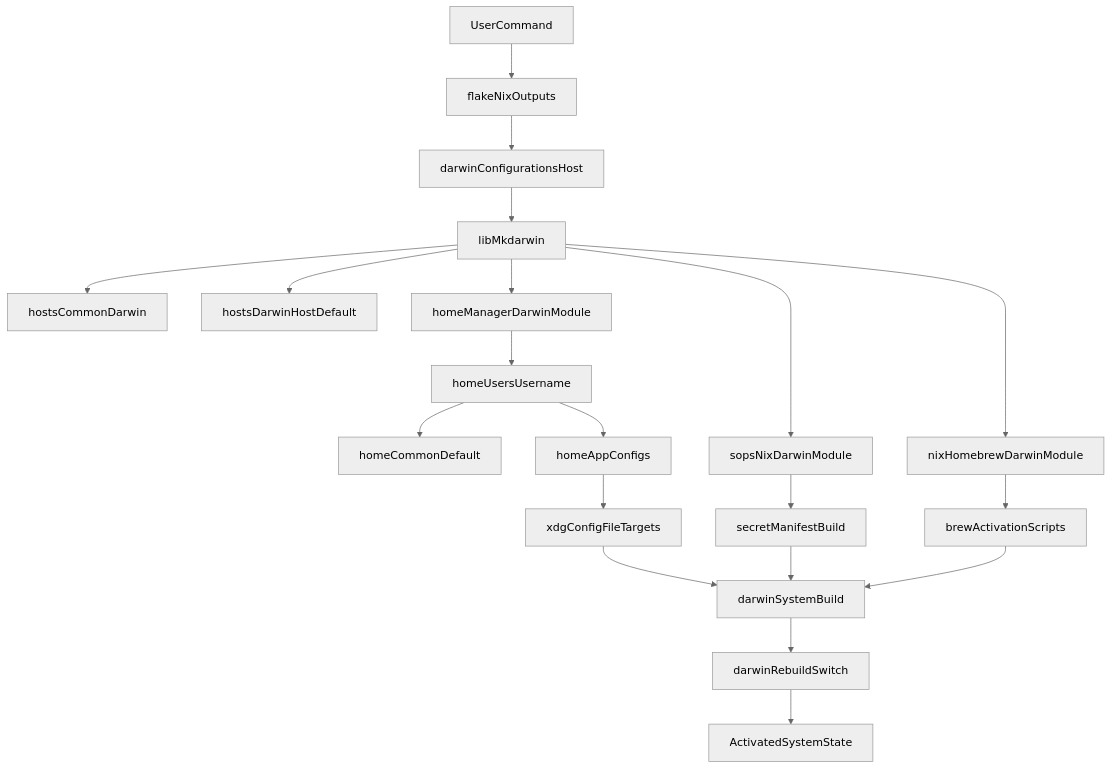
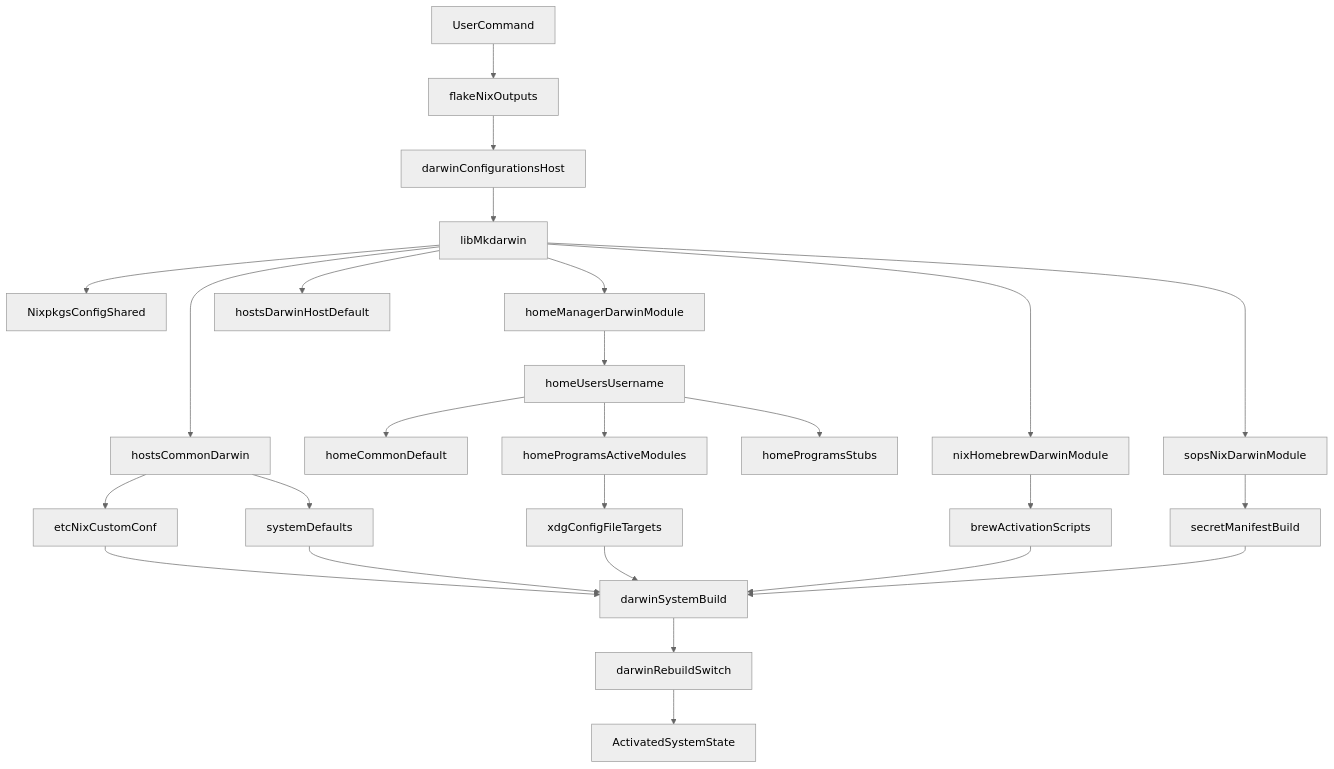
The diagram in docs/architecture-and-flow.md (irfan-nawaz/nix), drawn with Mermaid (neutral theme) before and after one commit. The commit also changed other lines of this file and 10 other files, not shown here.

````diff
--- a/docs/architecture-and-flow.md
+++ b/docs/architecture-and-flow.md
@@ -76,27 +76,34 @@
 ```mermaid
 flowchart TD
   userCmd[UserCommand] --> flakeEntry[flakeNixOutputs]
   flakeEntry --> hostOutput[darwinConfigurationsHost]
   hostOutput --> mkDarwin[libMkdarwin]
 
+  mkDarwin --> nixpkgsCfg[NixpkgsConfigShared]
   mkDarwin --> hostCommon[hostsCommonDarwin]
   mkDarwin --> hostMachine[hostsDarwinHostDefault]
   mkDarwin --> hmBridge[homeManagerDarwinModule]
+  mkDarwin --> brewLayer[nixHomebrewDarwinModule]
   mkDarwin --> sopsLayer[sopsNixDarwinModule]
-  mkDarwin --> brewLayer[nixHomebrewDarwinModule]
 
   hmBridge --> userHome[homeUsersUsername]
   userHome --> homeCommon[homeCommonDefault]
-  userHome --> appConfigs[homeAppConfigs]
+  userHome --> appConfigs[homeProgramsActiveModules]
+  userHome --> appStubs[homeProgramsStubs]
   appConfigs --> xdgTargets[xdgConfigFileTargets]
 
+  hostCommon --> determinateConf[etcNixCustomConf]
+  hostCommon --> macosDefaults[systemDefaults]
+
+  brewLayer --> brewActivation[brewActivationScripts]
   sopsLayer --> secretManifest[secretManifestBuild]
-  brewLayer --> brewActivation[brewActivationScripts]
 
   xdgTargets --> buildResult[darwinSystemBuild]
+  determinateConf --> buildResult
+  macosDefaults --> buildResult
+  brewActivation --> buildResult
   secretManifest --> buildResult
-  brewActivation --> buildResult
 
   buildResult --> switchStep[darwinRebuildSwitch]
   switchStep --> activatedSystem[ActivatedSystemState]
 ```
````
